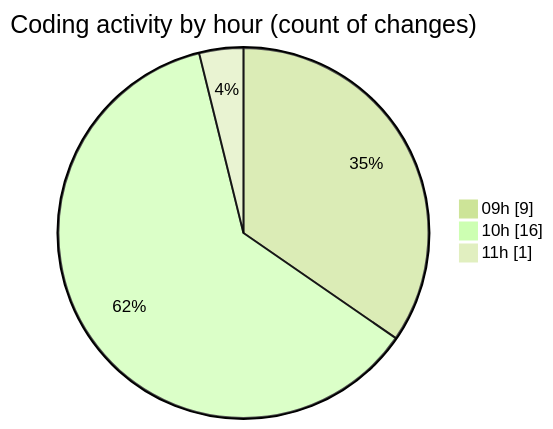
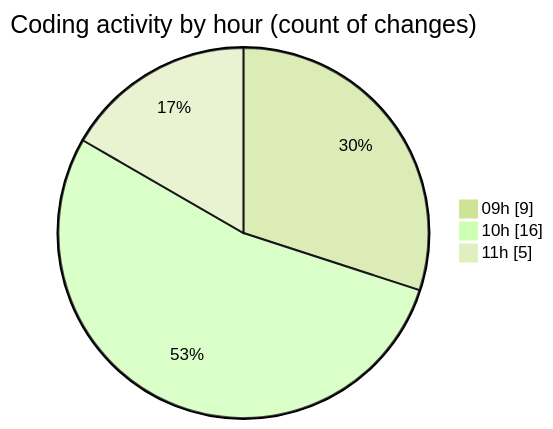
The second of 2 diagrams in 2025-07-10/mail-listener2-0_1_3/README.md (lephambinh05/code-tracking), drawn with Mermaid (forest theme) before and after one commit. The commit also changed other lines of this file and 1 other file, not shown here.

````diff
--- a/2025-07-10/mail-listener2-0_1_3/README.md
+++ b/2025-07-10/mail-listener2-0_1_3/README.md
@@ -31,7 +34,7 @@
 ```mermaid
 pie showData
 title Coding activity by hour (count of changes)
 "09h" : 9
 "10h" : 16
-"11h" : 1
+"11h" : 5
 ```
````
